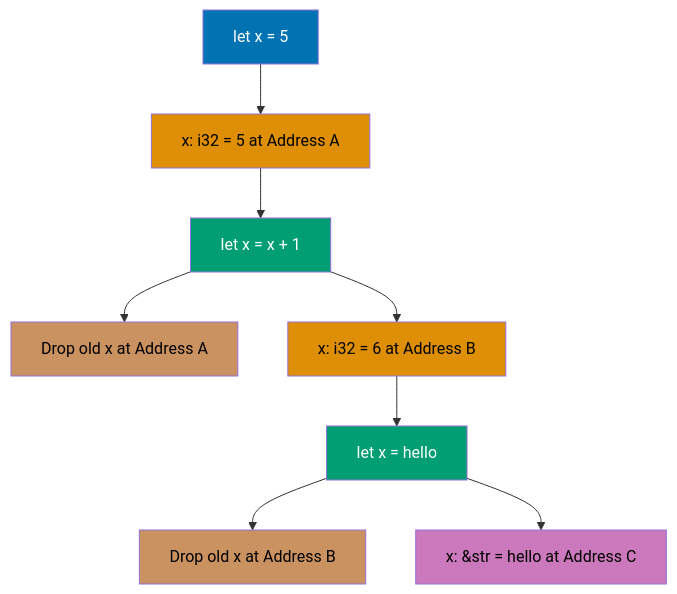
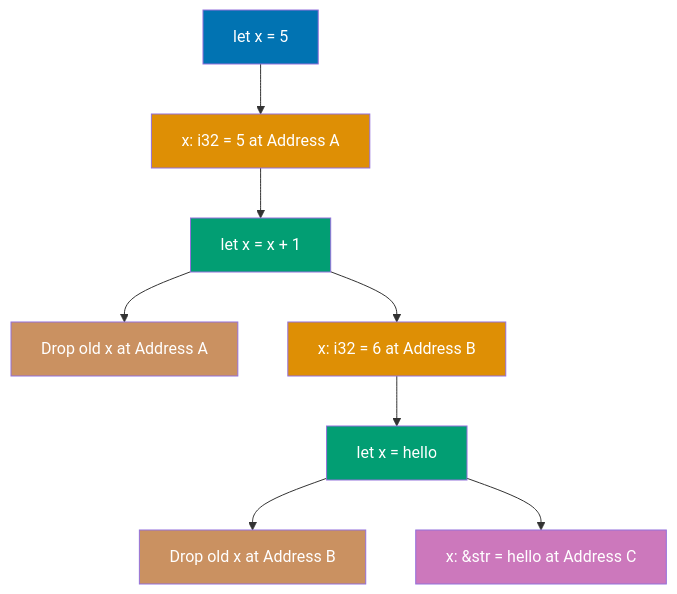
Before and after one commit to wahidyankf/open-sharia-enterprise: the first of 9 diagrams in apps/ayokoding-web/content/en/learn/software-engineering/programming-languages/rust/by-example/beginner.md, drawn with Mermaid. The commit also changed other lines of this file and 61 other files, not shown here.

First line of the commit message:
fix(ayokoding-web): quote Mermaid node labels with special characters in Example 63

````diff
--- a/apps/ayokoding-web/content/en/learn/software-engineering/programming-languages/rust/by-example/beginner.md
+++ b/apps/ayokoding-web/content/en/learn/software-engineering/programming-languages/rust/by-example/beginner.md
@@ -89,20 +89,20 @@
 ```mermaid
 %% Variable shadowing creates new bindings
 graph TD
     A[let x = 5] --> B[x: i32 = 5 at Address A]
     B --> C[let x = x + 1]
     C --> D[Drop old x at Address A]
     C --> E[x: i32 = 6 at Address B]
     E --> F[let x = hello]
     F --> G[Drop old x at Address B]
     F --> H[x: &str = hello at Address C]
 
     style A fill:#0173B2,color:#fff
-    style B fill:#DE8F05,color:#000
+    style B fill:#DE8F05,color:#fff
     style C fill:#029E73,color:#fff
-    style D fill:#CA9161,color:#000
-    style E fill:#DE8F05,color:#000
+    style D fill:#CA9161,color:#fff
+    style E fill:#DE8F05,color:#fff
     style F fill:#029E73,color:#fff
-    style G fill:#CA9161,color:#000
-    style H fill:#CC78BC,color:#000
+    style G fill:#CA9161,color:#fff
+    style H fill:#CC78BC,color:#fff
 ```
````
